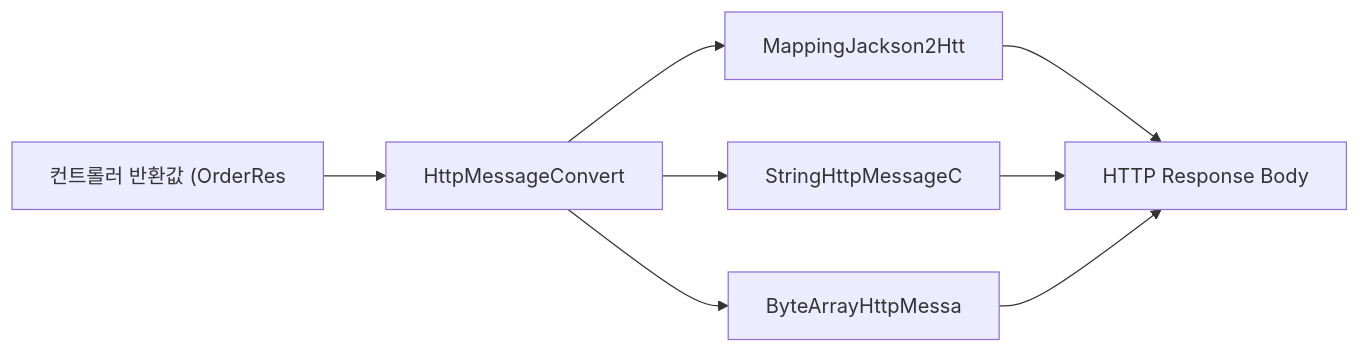
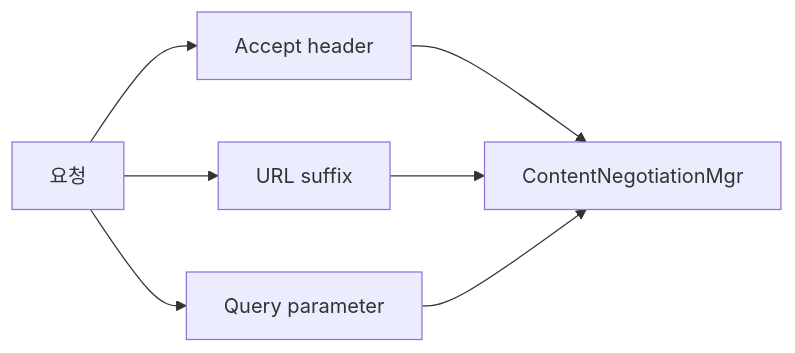
The eighth of 12 diagrams in _posts/spring/2026-05-02-spring-mvc-deep.md (yjkim2015/yjkim2015.github.io), drawn with Mermaid before and after one commit. The commit also changed other lines of this file and 4 other files, not shown here.

````diff
--- a/_posts/spring/2026-05-02-spring-mvc-deep.md
+++ b/_posts/spring/2026-05-02-spring-mvc-deep.md
@@ -723,10 +1160,9 @@
 ```mermaid
 graph LR
-    A["컨트롤러 반환값 (OrderRes"] --> B["HttpMessageConvert"]
-    B --> C1["MappingJackson2Htt"]
-    B --> C2["StringHttpMessageC"]
-    B --> C3["ByteArrayHttpMessa"]
-    C1 --> D["HTTP Response Body"]
-    C2 --> D
-    C3 --> D
+    A[요청] --> B[Accept header]
+    A --> C[URL suffix]
+    A --> D[Query parameter]
+    B --> E[ContentNegotiationMgr]
+    C --> E
+    D --> E
 ```
````
